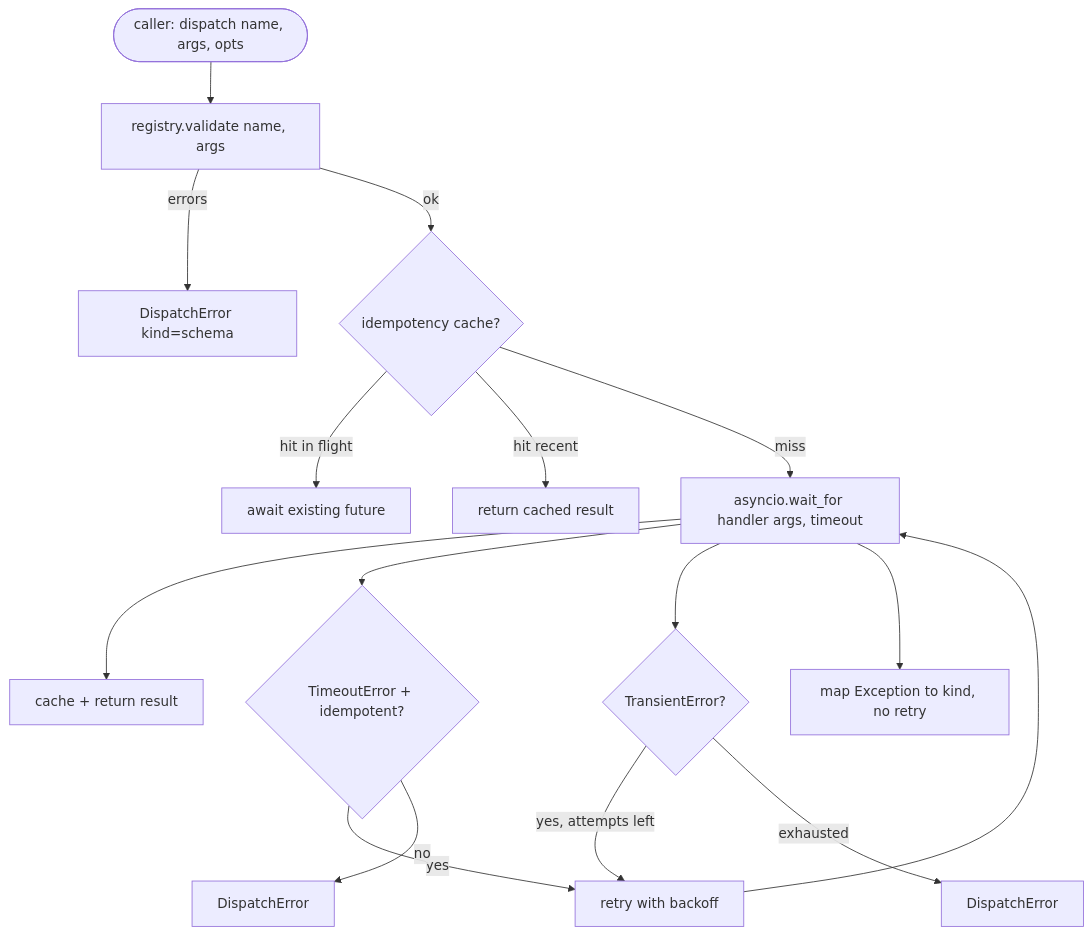
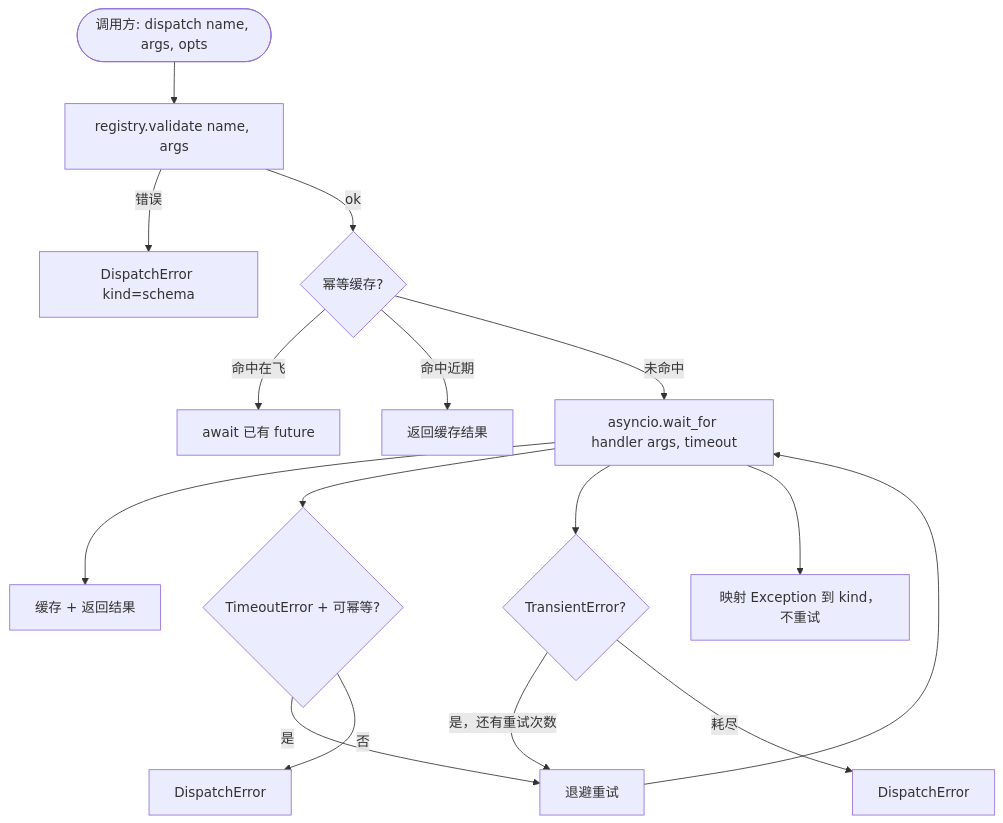
The second of 2 diagrams in phases/19-capstone-projects/23-function-call-dispatcher/docs/zh.md (alessandrodinisio-ai/ai-engineering-learning-framework), drawn with Mermaid before and after one commit. The commit also changed other lines of this file and 120 other files, not shown here.

First line of the commit message:
i18n(mermaid): 337 个 mermaid 图表标签中文化

````diff
--- a/phases/19-capstone-projects/23-function-call-dispatcher/docs/zh.md
+++ b/phases/19-capstone-projects/23-function-call-dispatcher/docs/zh.md
@@ -89,33 +89,33 @@
 ```mermaid
 flowchart TD
-    start([caller: dispatch name, args, opts])
+    start([调用方: dispatch name, args, opts])
     validate[registry.validate name, args]
     schema_err[DispatchError kind=schema]
-    idem_check{idempotency cache?}
-    in_flight[await existing future]
-    cached[return cached result]
+    idem_check{幂等缓存?}
+    in_flight[await 已有 future]
+    cached[返回缓存结果]
     attempt[asyncio.wait_for handler args, timeout]
-    success[cache + return result]
-    timeout_branch{TimeoutError + idempotent?}
-    retry[retry with backoff]
+    success[缓存 + 返回结果]
+    timeout_branch{TimeoutError + 可幂等?}
+    retry[退避重试]
     fail[DispatchError]
     transient_branch{TransientError?}
-    other[map Exception to kind, no retry]
+    other[映射 Exception 到 kind，不重试]
     exhausted[DispatchError]
 
     start --> validate
-    validate -->|errors| schema_err
+    validate -->|错误| schema_err
     validate -->|ok| idem_check
-    idem_check -->|hit in flight| in_flight
-    idem_check -->|hit recent| cached
-    idem_check -->|miss| attempt
+    idem_check -->|命中在飞| in_flight
+    idem_check -->|命中近期| cached
+    idem_check -->|未命中| attempt
     attempt --> success
     attempt --> timeout_branch
-    timeout_branch -->|yes| retry
-    timeout_branch -->|no| fail
+    timeout_branch -->|是| retry
+    timeout_branch -->|否| fail
     attempt --> transient_branch
-    transient_branch -->|yes, attempts left| retry
-    transient_branch -->|exhausted| exhausted
+    transient_branch -->|是，还有重试次数| retry
+    transient_branch -->|耗尽| exhausted
     attempt --> other
     retry --> attempt
 ```
````
